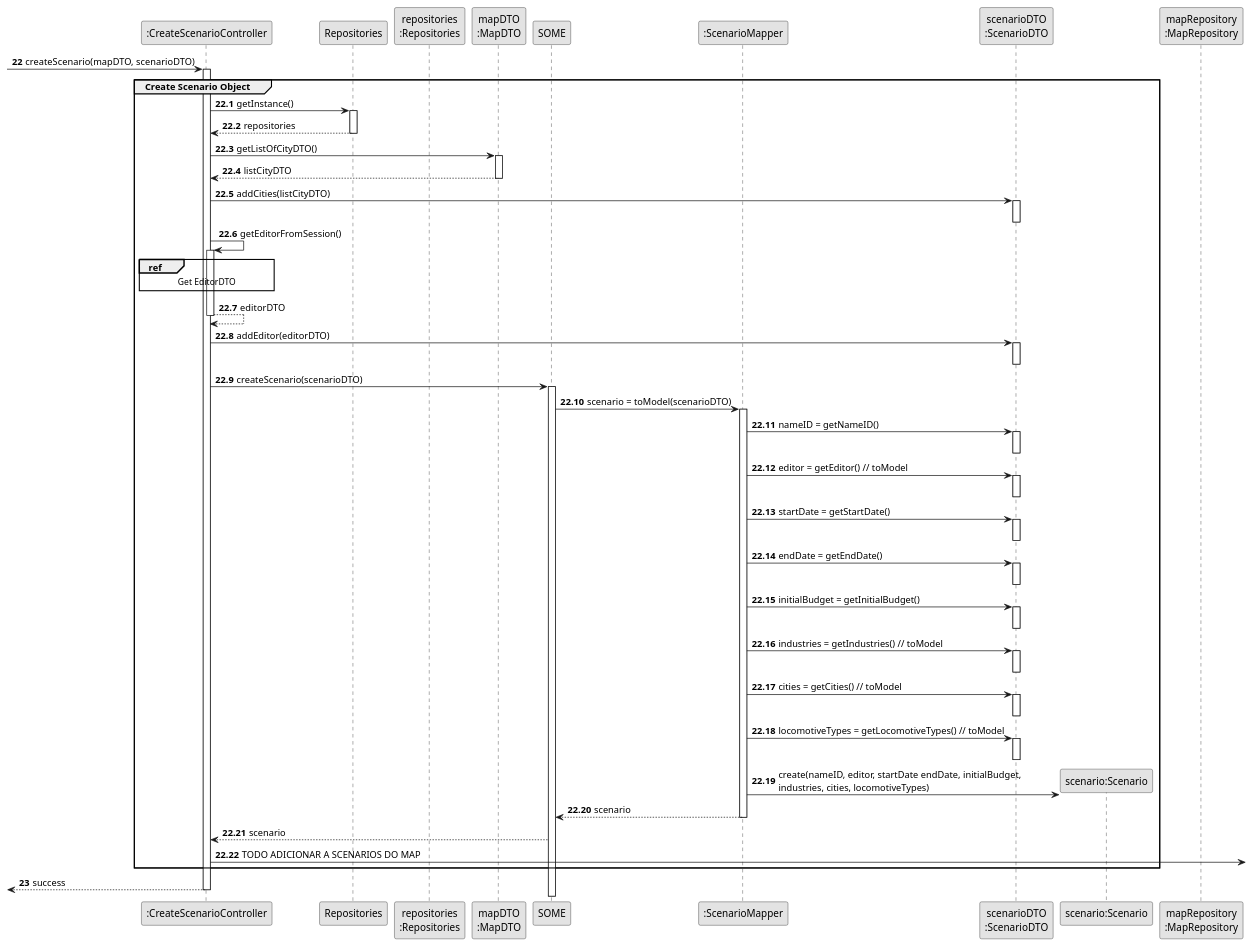
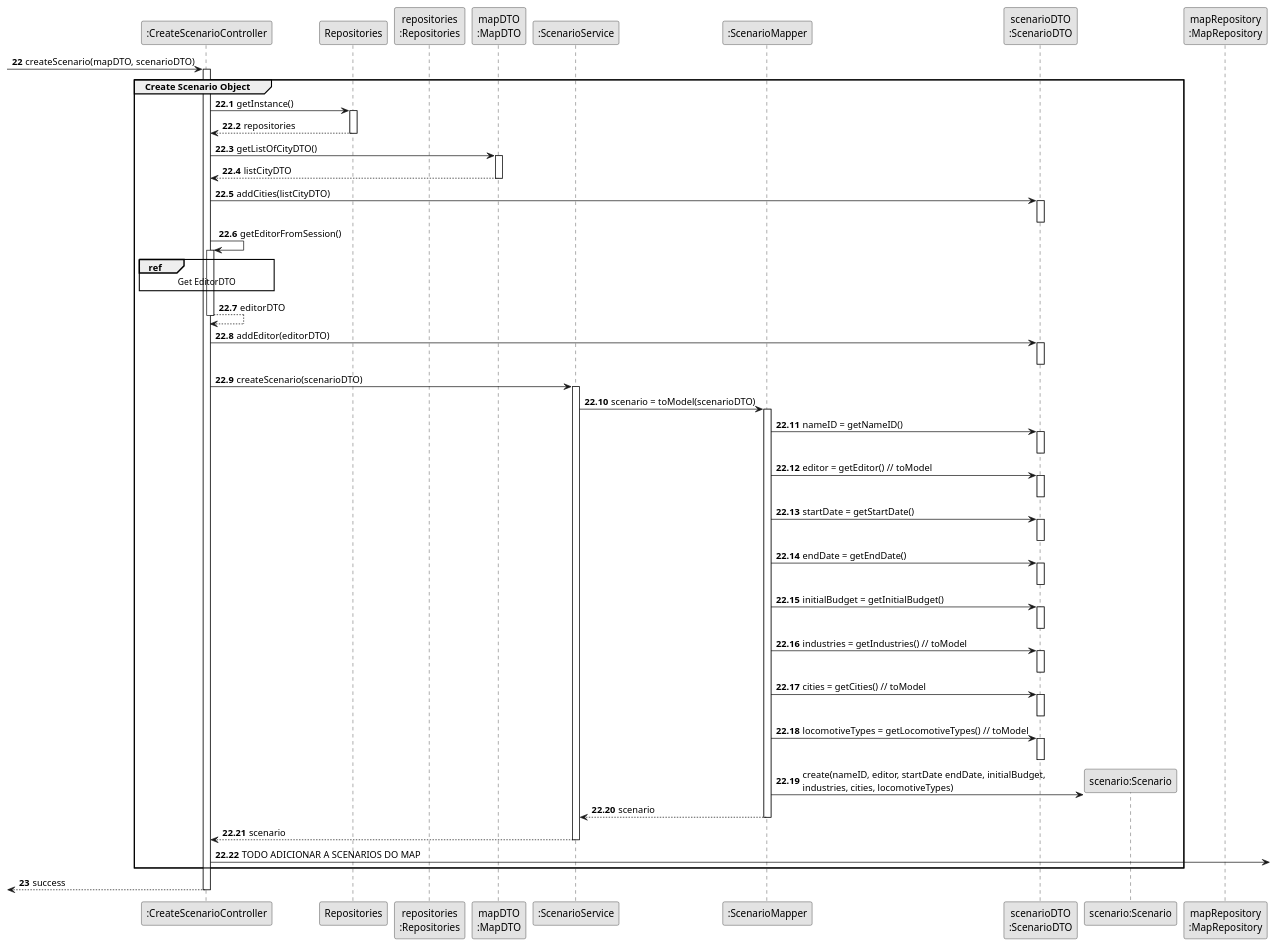
One commit to HenriqueSilva18/Railway-Network-Simulator changed the diagram in docs/system-documentation/Sprint 3/US04/03.design/puml/US04-SD-partial-Create-Scenario-Object.puml. Above: the diagram before and after it, drawn with PlantUML. The commit also changed 12 other files, not shown here.

```diff
--- a/docs/system-documentation/Sprint 3/US04/03.design/puml/US04-SD-partial-Create-Scenario-Object.puml
+++ b/docs/system-documentation/Sprint 3/US04/03.design/puml/US04-SD-partial-Create-Scenario-Object.puml
@@ -1,110 +1,111 @@
 @startuml
 skinparam monochrome true
 skinparam packageStyle rectangle
 skinparam shadowing false
 
 participant ":CreateScenarioController" as CTRL
 participant "Repositories" as REPOS
 participant "repositories\n:Repositories" as REPOS_SINGLETON
 participant "mapDTO\n:MapDTO" as MAP_DTO
-participant SOME
+participant ":ScenarioService" as SOME
 participant ":ScenarioMapper" as SCN_MAPPER
 participant "scenarioDTO\n:ScenarioDTO" as SCN_DTO
 participant "scenario:Scenario" as SCN
 
 participant "mapRepository\n:MapRepository" as MAP_REPO
 
 
 autonumber 22
 -> CTRL: createScenario(mapDTO, scenarioDTO)
 
 autonumber 22.1
 activate CTRL
     group Create Scenario Object
 
         CTRL -> REPOS : getInstance()
         activate REPOS
             REPOS --> CTRL: repositories
         deactivate REPOS
 
         CTRL -> MAP_DTO: getListOfCityDTO()
         activate MAP_DTO
 
             MAP_DTO --> CTRL: listCityDTO
         deactivate MAP_DTO
 
         CTRL -> SCN_DTO: addCities(listCityDTO)
         activate SCN_DTO
             deactivate SCN_DTO
 
 
         CTRL -> CTRL: getEditorFromSession()
         activate CTRL
 
         ref over CTRL
             Get EditorDTO
         end ref
 
         CTRL --> CTRL: editorDTO
         deactivate CTRL
 
         CTRL -> SCN_DTO: addEditor(editorDTO)
         activate SCN_DTO
             deactivate SCN_DTO
 
 
         CTRL -> SOME: createScenario(scenarioDTO)
             activate SOME
 
             SOME -> SCN_MAPPER: scenario = toModel(scenarioDTO)
                 activate SCN_MAPPER
 
                 SCN_MAPPER -> SCN_DTO: nameID = getNameID()
                 activate SCN_DTO
                     deactivate SCN_DTO
 
                 SCN_MAPPER -> SCN_DTO: editor = getEditor() // toModel
                 activate SCN_DTO
                     deactivate SCN_DTO
 
                 SCN_MAPPER -> SCN_DTO: startDate = getStartDate()
                 activate SCN_DTO
                     deactivate SCN_DTO
 
                 SCN_MAPPER -> SCN_DTO: endDate = getEndDate()
                 activate SCN_DTO
                     deactivate SCN_DTO
 
                 SCN_MAPPER -> SCN_DTO: initialBudget = getInitialBudget()
                 activate SCN_DTO
                     deactivate SCN_DTO
 
                 SCN_MAPPER -> SCN_DTO: industries = getIndustries() // toModel
                 activate SCN_DTO
                     deactivate SCN_DTO
 
                 SCN_MAPPER -> SCN_DTO: cities = getCities() // toModel
                 activate SCN_DTO
                     deactivate SCN_DTO
 
                 SCN_MAPPER -> SCN_DTO: locomotiveTypes = getLocomotiveTypes() // toModel
                 activate SCN_DTO
                     deactivate SCN_DTO
 
                 SCN_MAPPER -> SCN**: create(nameID, editor, startDate endDate, initialBudget,\nindustries, cities, locomotiveTypes)
 
             SCN_MAPPER --> SOME: scenario
             deactivate SCN_MAPPER
 
             SOME --> CTRL: scenario
+            deactivate SOME
 
             CTRL -> : TODO ADICIONAR A SCENARIOS DO MAP
 
     end
 
     autonumber 23
     <-- CTRL : success
 deactivate CTRL
 
 
 @enduml
```
